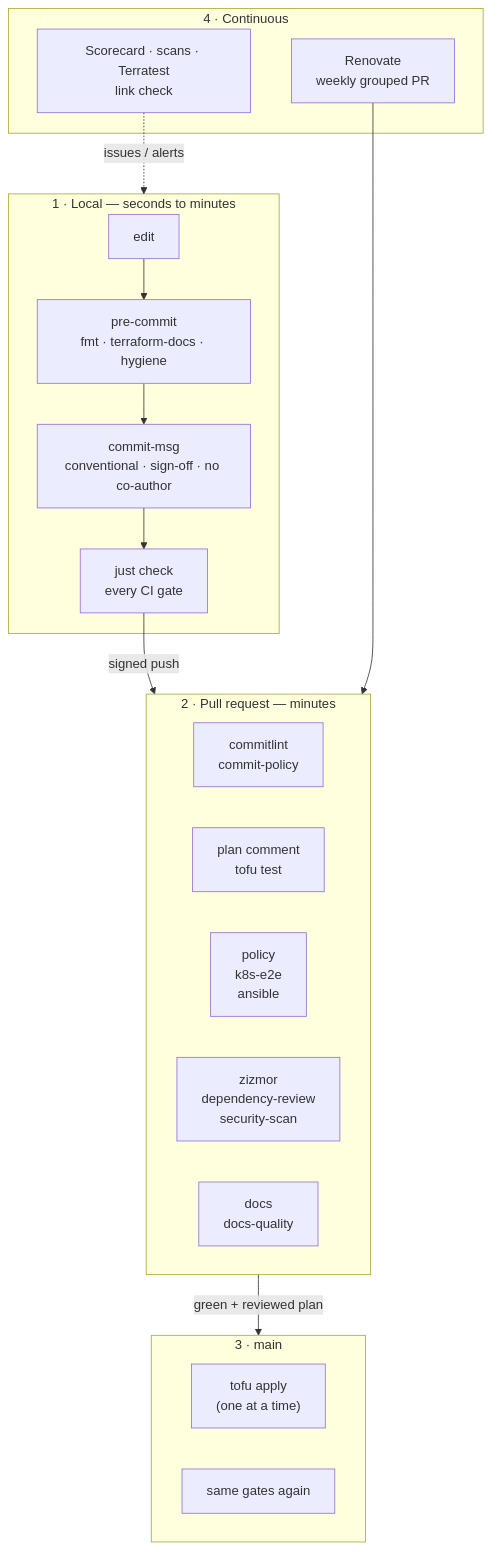
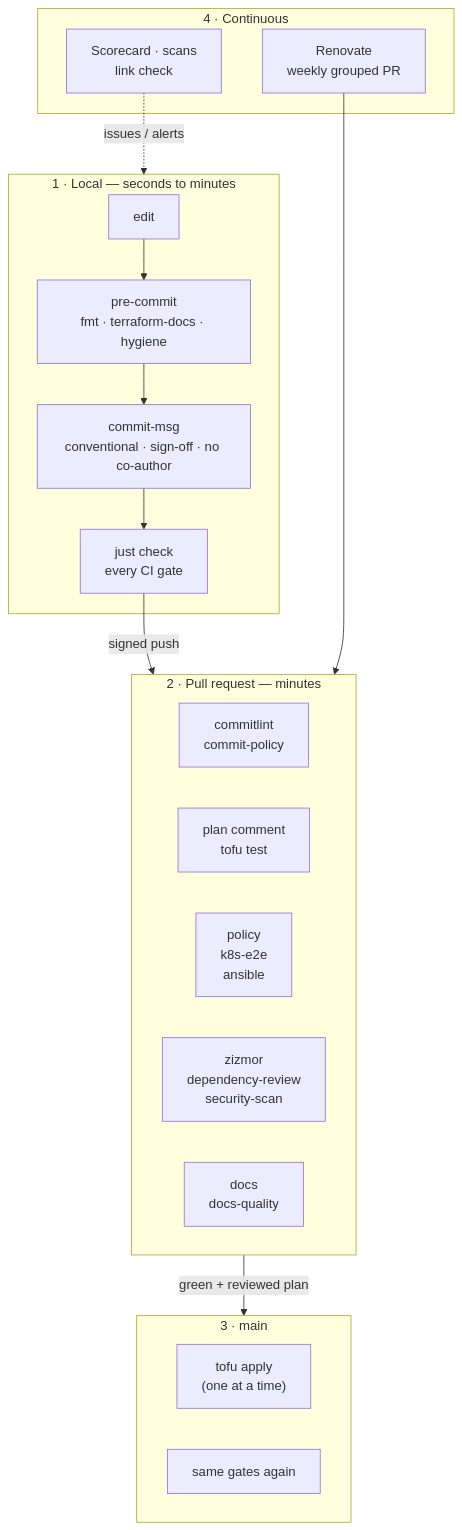
The diagram in docs/explanation/pipeline.md (GregoireF/iac), drawn with Mermaid before and after one commit. The commit also changed 11 other files, not shown here.

````diff
--- a/docs/explanation/pipeline.md
+++ b/docs/explanation/pipeline.md
@@ -7,28 +7,28 @@
 ```mermaid
 flowchart TB
   subgraph local["1 · Local — seconds to minutes"]
     edit["edit"] --> hooks["pre-commit<br/>fmt · terraform-docs · hygiene"]
     hooks --> msg["commit-msg<br/>conventional · sign-off · no co-author"]
     msg --> check["just check<br/>every CI gate"]
   end
   subgraph pr["2 · Pull request — minutes"]
     direction LR
     g1["commitlint<br/>commit-policy"]
     g2["plan comment<br/>tofu test"]
     g3["policy<br/>k8s-e2e<br/>ansible"]
     g4["zizmor<br/>dependency-review<br/>security-scan"]
     g5["docs<br/>docs-quality"]
   end
   subgraph main["3 · main"]
     apply["tofu apply<br/>(one at a time)"]
     again["same gates again"]
   end
   subgraph loop["4 · Continuous"]
     renov["Renovate<br/>weekly grouped PR"]
-    sched["Scorecard · scans · Terratest<br/>link check"]
+    sched["Scorecard · scans<br/>link check"]
   end
   check -->|"signed push"| pr
   pr -->|"green + reviewed plan"| main
   renov --> pr
   sched -.->|"issues / alerts"| local
 ```
````
